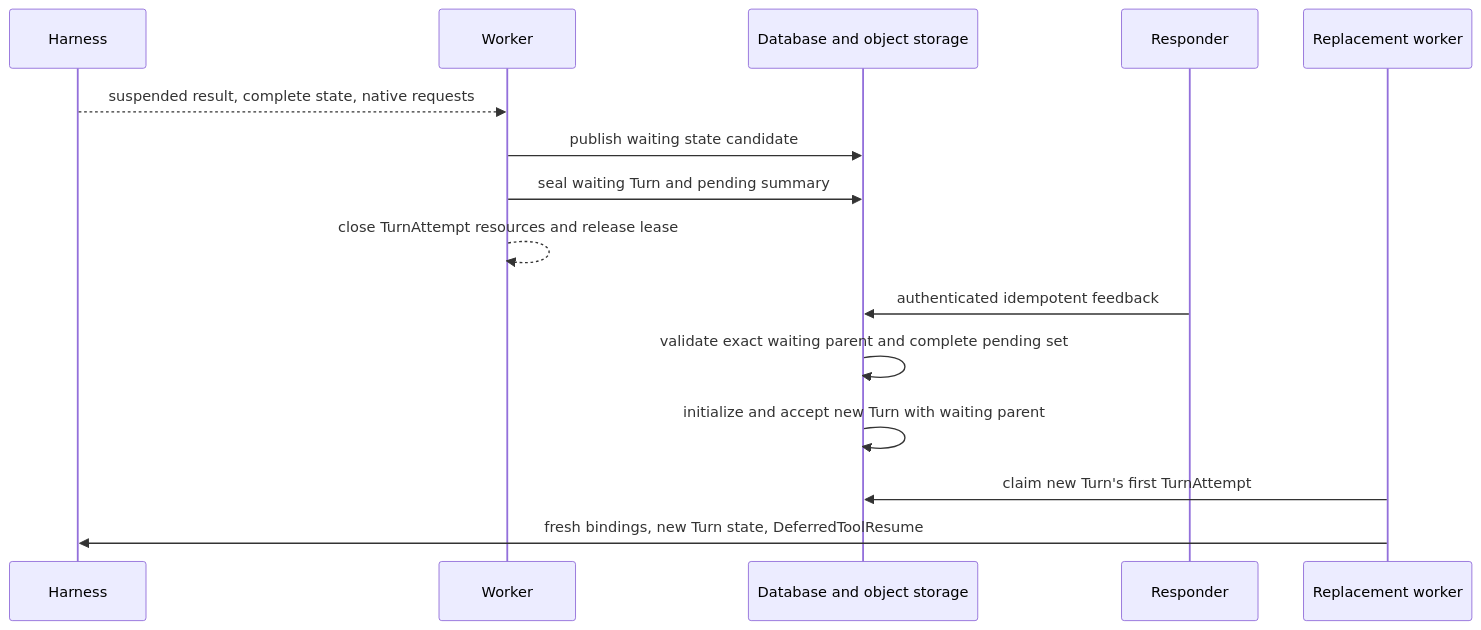
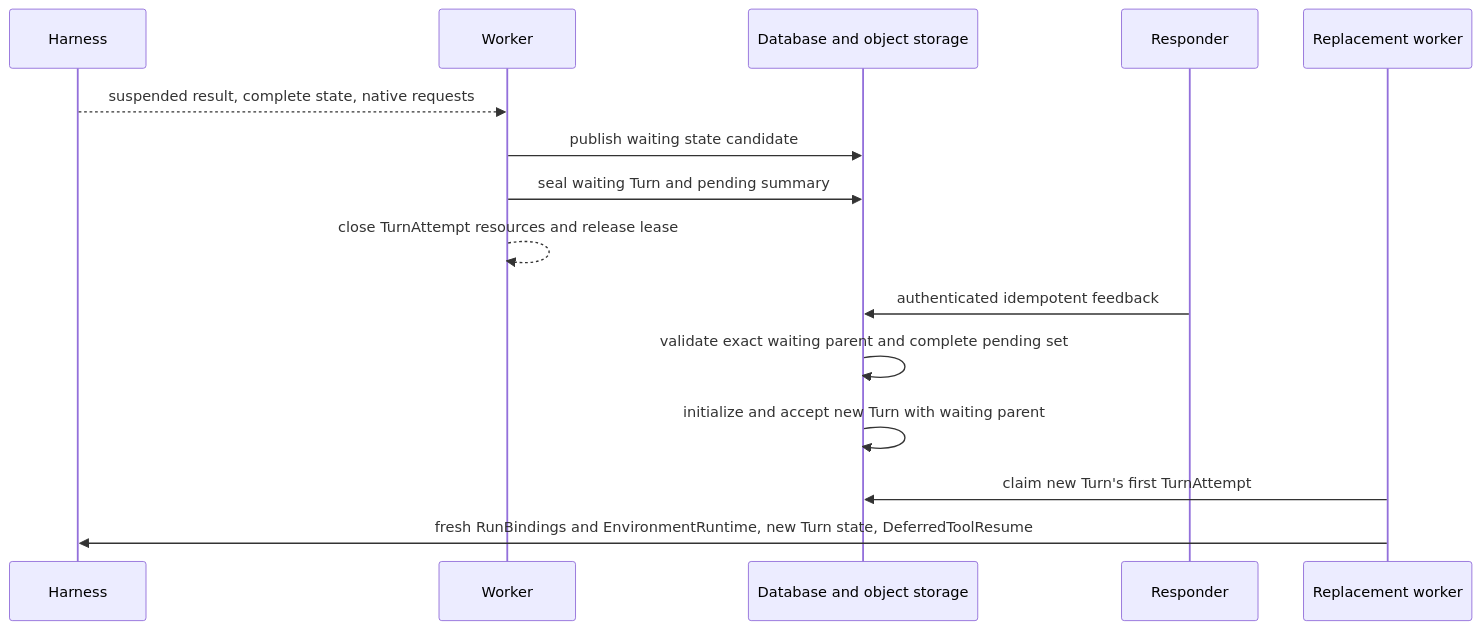
The first of 3 diagrams in spec/foundation-service/18-deferred-actions-and-children.md (LTThreeComma/agent-foundation), drawn with Mermaid before and after one commit. The commit also changed other lines of this file and 135 other files, not shown here.

Commit message:
refactor(environment): adopt runtime mount model (#56)

````diff
--- a/spec/foundation-service/18-deferred-actions-and-children.md
+++ b/spec/foundation-service/18-deferred-actions-and-children.md
@@ -41,18 +41,18 @@
 ```mermaid
 sequenceDiagram
     participant Harness
     participant Worker
     participant Durable as Database and object storage
     participant Responder
     participant NextWorker as Replacement worker
 
     Harness-->>Worker: suspended result, complete state, native requests
     Worker->>Durable: publish waiting state candidate
     Worker->>Durable: seal waiting Turn and pending summary
     Worker-->>Worker: close TurnAttempt resources and release lease
     Responder->>Durable: authenticated idempotent feedback
     Durable->>Durable: validate exact waiting parent and complete pending set
     Durable->>Durable: initialize and accept new Turn with waiting parent
     NextWorker->>Durable: claim new Turn's first TurnAttempt
-    NextWorker->>Harness: fresh bindings, new Turn state, DeferredToolResume
+    NextWorker->>Harness: fresh RunBindings and EnvironmentRuntime, new Turn state, DeferredToolResume
 ```
````
